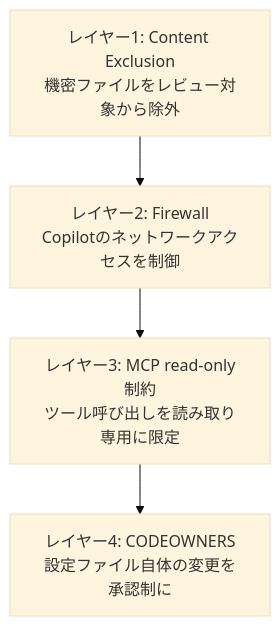
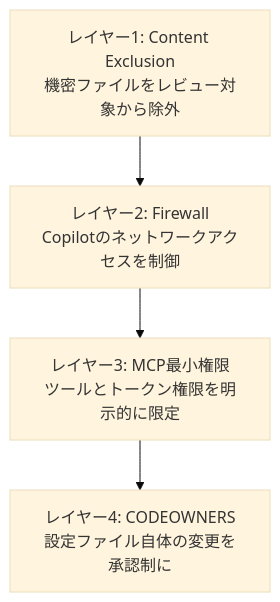
Before and after one commit to myoshi2891/Comparison-of-LLMs: the fourth of 5 diagrams in archive/md/code-review/Github-copilot-code-review-best-practices.md, drawn with Mermaid (base theme). The commit also changed other lines of this file and 1 other file, not shown here.

````diff
--- a/archive/md/code-review/Github-copilot-code-review-best-practices.md
+++ b/archive/md/code-review/Github-copilot-code-review-best-practices.md
@@ -214,6 +214,6 @@
 ```mermaid
 flowchart TB
     L1["レイヤー1: Content Exclusion<br/>機密ファイルをレビュー対象から除外"] --> L2["レイヤー2: Firewall<br/>Copilotのネットワークアクセスを制御"]
-    L2 --> L3["レイヤー3: MCP read-only制約<br/>ツール呼び出しを読み取り専用に限定"]
+    L2 --> L3["レイヤー3: MCP最小権限<br/>ツールとトークン権限を明示的に限定"]
     L3 --> L4["レイヤー4: CODEOWNERS<br/>設定ファイル自体の変更を承認制に"]
 ```
````
